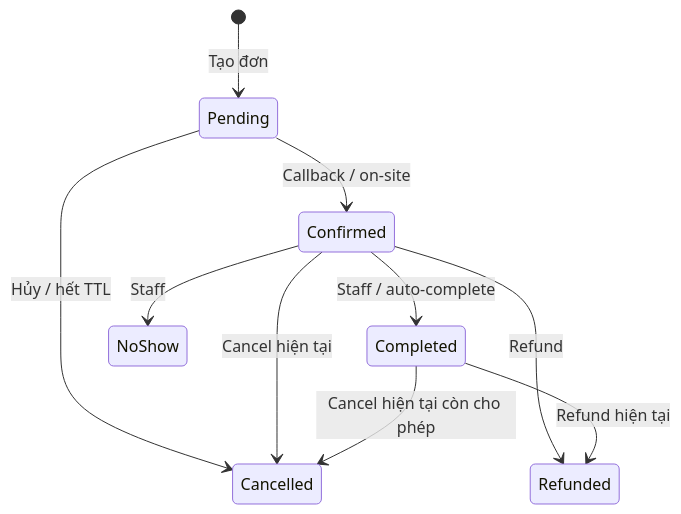
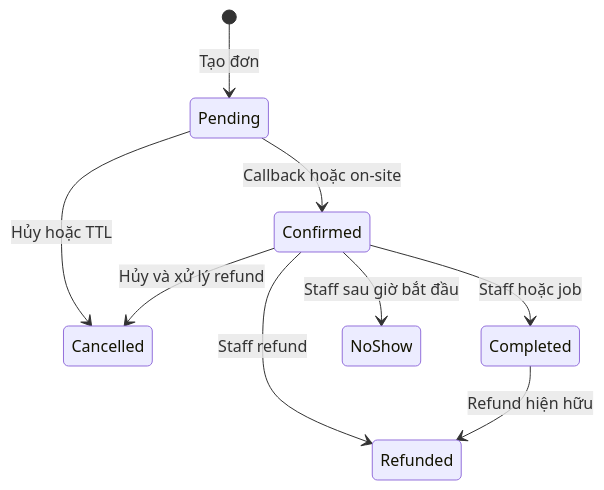
One commit to taiDinh303/Badminton changed the diagram in docs/03-workflow.md. Above: the diagram before and after it, drawn with Mermaid. The commit also changed other lines of this file and 134 other files, not shown here.

Commit message:
refactor: align booking architecture configuration and React feature modules

````diff
--- a/docs/03-workflow.md
+++ b/docs/03-workflow.md
@@ -37,12 +25,11 @@
 ```mermaid
 stateDiagram-v2
   [*] --> Pending: Tạo đơn
-  Pending --> Confirmed: Callback / on-site
-  Pending --> Cancelled: Hủy / hết TTL
-  Confirmed --> Completed: Staff / auto-complete
-  Confirmed --> NoShow: Staff
-  Confirmed --> Cancelled: Cancel hiện tại
-  Completed --> Cancelled: Cancel hiện tại còn cho phép
-  Confirmed --> Refunded: Refund
-  Completed --> Refunded: Refund hiện tại
+  Pending --> Confirmed: Callback hoặc on-site
+  Pending --> Cancelled: Hủy hoặc TTL
+  Confirmed --> Completed: Staff hoặc job
+  Confirmed --> NoShow: Staff sau giờ bắt đầu
+  Confirmed --> Cancelled: Hủy và xử lý refund
+  Confirmed --> Refunded: Staff refund
+  Completed --> Refunded: Refund hiện hữu
 ```
````
